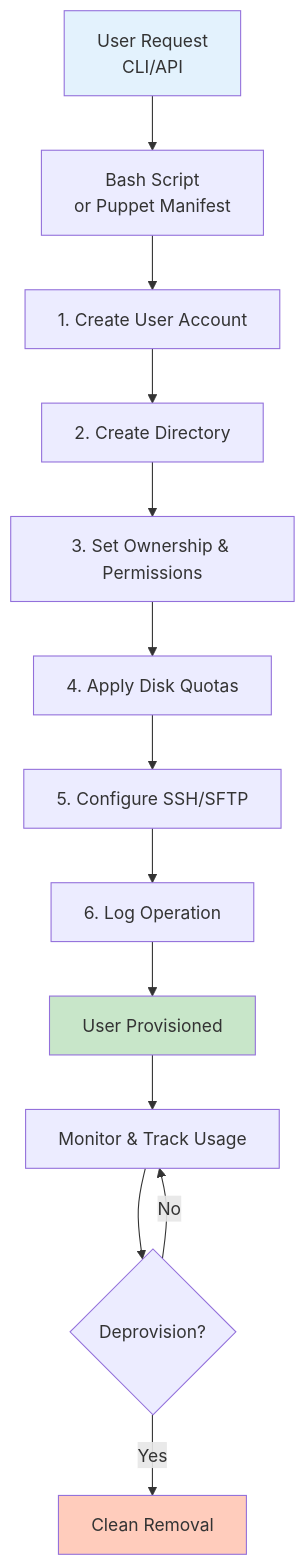
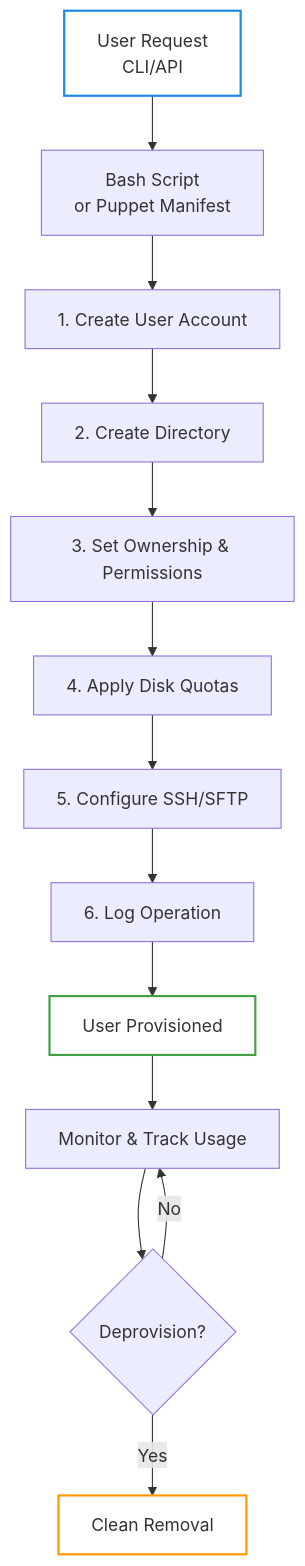
One commit to aaronwittchen/Automated-Storage-Provisioning-Tool changed the third of 5 diagrams in README.md. Above: the diagram before and after it, drawn with Mermaid. The commit also changed other lines of this file, not shown here.

````diff
--- a/README.md
+++ b/README.md
@@ -276,19 +259,19 @@
 ```mermaid
 graph TD
     A["User Request<br/>CLI/API"] --> B["Bash Script<br/>or Puppet Manifest"]
     B --> C["1. Create User Account"]
     C --> D["2. Create Directory"]
     D --> E["3. Set Ownership & Permissions"]
     E --> F["4. Apply Disk Quotas"]
     F --> G["5. Configure SSH/SFTP"]
     G --> H["6. Log Operation"]
     H --> I["User Provisioned"]
     I --> J["Monitor & Track Usage"]
     J --> K{Deprovision?}
     K -->|Yes| L["Clean Removal"]
     K -->|No| J
-    
-    style A fill:#e3f2fd
-    style I fill:#c8e6c9
-    style L fill:#ffccbc
+   
+    style A fill:none,stroke:#1e88e5,stroke-width:2px
+    style I fill:none,stroke:#43a047,stroke-width:2px
+    style L fill:none,stroke:#ff9800,stroke-width:2px
 ```
````
